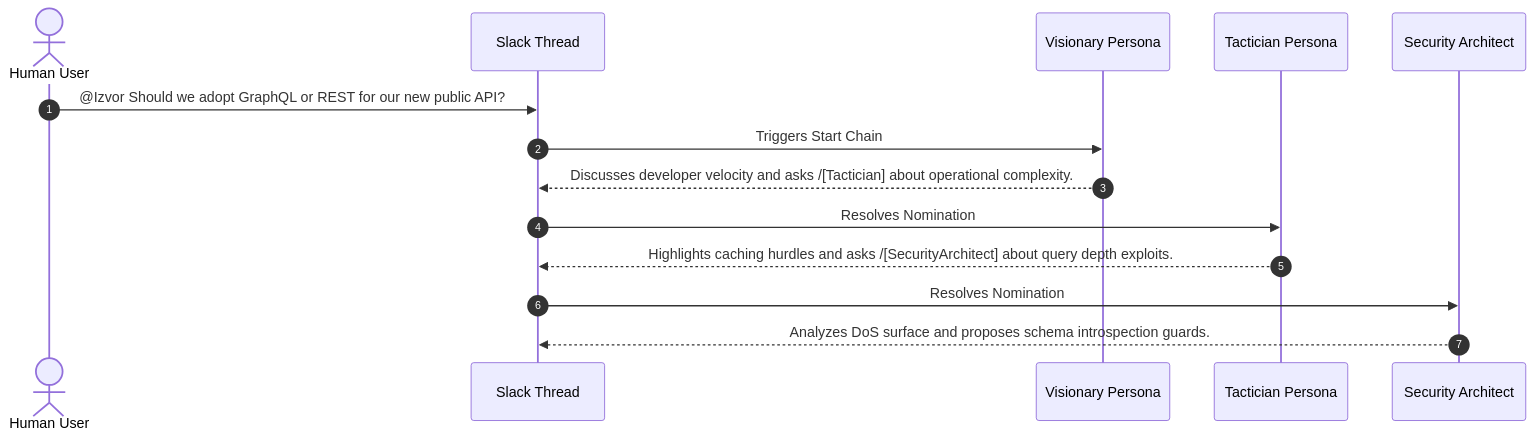
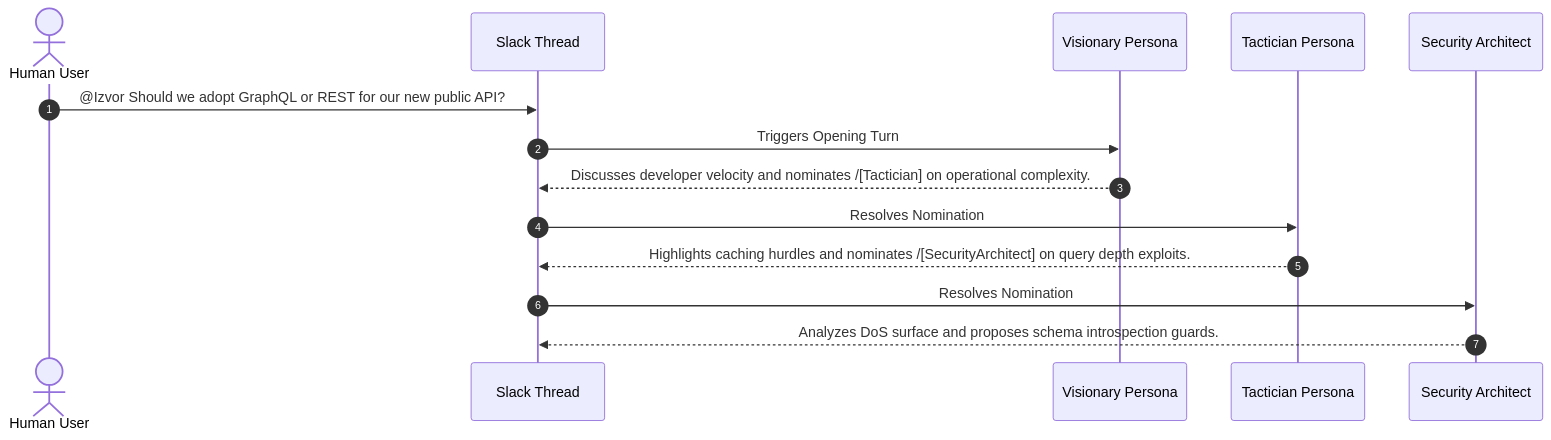
Before and after one commit to BranMik/Izvor: the diagram in docs/user-guide/interacting-in-slack.md, drawn with Mermaid. The commit also changed other lines of this file and 8 other files, not shown here.

First line of the commit message:
docs(readme,guide): add root README, comprehensive architecture spec, and sync getting-started/user-guide docs

````diff
--- a/docs/user-guide/interacting-in-slack.md
+++ b/docs/user-guide/interacting-in-slack.md
@@ -42,17 +45,17 @@
 ```mermaid
 sequenceDiagram
     autonumber
     actor User as Human User
     participant Slack as Slack Thread
     participant Visionary as Visionary Persona
     participant Tactician as Tactician Persona
     participant Security as Security Architect
 
     User->>Slack: @Izvor Should we adopt GraphQL or REST for our new public API?
-    Slack->>Visionary: Triggers Start Chain
-    Visionary-->>Slack: Discusses developer velocity and asks /[Tactician] about operational complexity.
+    Slack->>Visionary: Triggers Opening Turn
+    Visionary-->>Slack: Discusses developer velocity and nominates /[Tactician] on operational complexity.
     Slack->>Tactician: Resolves Nomination
-    Tactician-->>Slack: Highlights caching hurdles and asks /[SecurityArchitect] about query depth exploits.
+    Tactician-->>Slack: Highlights caching hurdles and nominates /[SecurityArchitect] on query depth exploits.
     Slack->>Security: Resolves Nomination
     Security-->>Slack: Analyzes DoS surface and proposes schema introspection guards.
 ```
````
